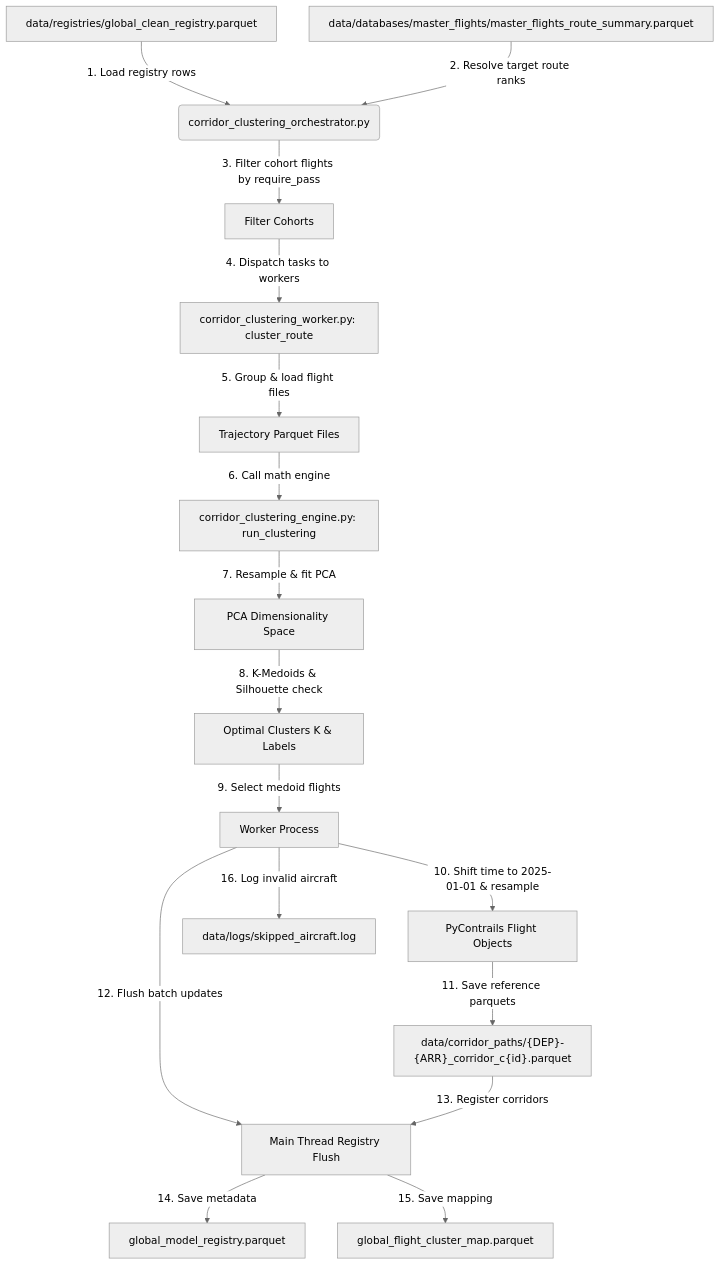
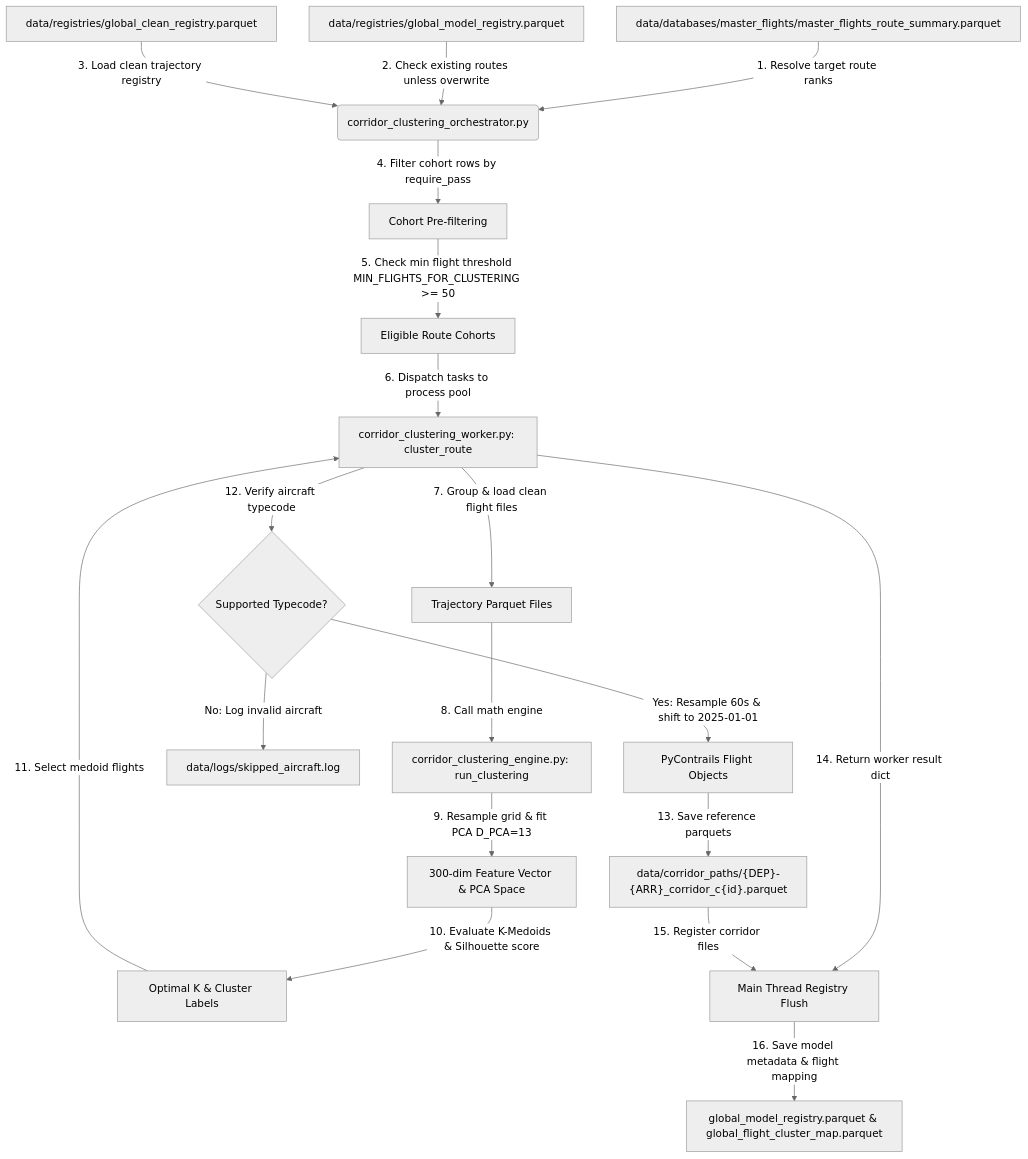
The first of 2 diagrams in src/core/corridor/README.md (Bauzement123/flight-physics-pipeline), drawn with Mermaid (neutral theme) before and after one commit. The commit also changed other lines of this file, not shown here.

Commit message:
docs(corridor): align README flowcharts, text walkthroughs, and multi-workflow coverage with AGENTS.md rules

````diff
--- a/src/core/corridor/README.md
+++ b/src/core/corridor/README.md
@@ -64,25 +80,27 @@
 ```mermaid
 graph TD
-    A[data/registries/global_clean_registry.parquet] -->|1. Load registry rows| B(corridor_clustering_orchestrator.py)
-    C[data/databases/master_flights/master_flights_route_summary.parquet] -->|2. Resolve target route ranks| B
+    A[data/databases/master_flights/master_flights_route_summary.parquet] -->|1. Resolve target route ranks| B(corridor_clustering_orchestrator.py)
+    C[data/registries/global_model_registry.parquet] -->|2. Check existing routes unless overwrite| B
+    D[data/registries/global_clean_registry.parquet] -->|3. Load clean trajectory registry| B
     
-    B -->|3. Filter cohort flights by require_pass| D[Filter Cohorts]
-    D -->|4. Dispatch tasks to workers| E[corridor_clustering_worker.py: cluster_route]
+    B -->|4. Filter cohort rows by require_pass| E[Cohort Pre-filtering]
+    E -->|5. Check min flight threshold MIN_FLIGHTS_FOR_CLUSTERING >= 50| F[Eligible Route Cohorts]
     
-    E -->|5. Group & load flight files| F[Trajectory Parquet Files]
-    F -->|6. Call math engine| G[corridor_clustering_engine.py: run_clustering]
+    F -->|6. Dispatch tasks to process pool| G[corridor_clustering_worker.py: cluster_route]
+    G -->|7. Group & load clean flight files| H[Trajectory Parquet Files]
     
-    G -->|7. Resample & fit PCA| H[PCA Dimensionality Space]
-    H -->|8. K-Medoids & Silhouette check| I[Optimal Clusters K & Labels]
+    H -->|8. Call math engine| I[corridor_clustering_engine.py: run_clustering]
+    I -->|9. Resample grid & fit PCA D_PCA=13| J[300-dim Feature Vector & PCA Space]
+    J -->|10. Evaluate K-Medoids & Silhouette score| K[Optimal K & Cluster Labels]
     
-    I -->|9. Select medoid flights| J[Worker Process]
-    J -->|10. Shift time to 2025-01-01 & resample| K[PyContrails Flight Objects]
-    K -->|11. Save reference parquets| L["data/corridor_paths/{DEP}-{ARR}_corridor_c{id}.parquet"]
+    K -->|11. Select medoid flights| G
+    G -->|12. Verify aircraft typecode| L{Supported Typecode?}
+    L -->|No: Log invalid aircraft| M[data/logs/skipped_aircraft.log]
     
-    J -->|12. Flush batch updates| M[Main Thread Registry Flush]
-    L -->|13. Register corridors| M
-    M -->|14. Save metadata| N[global_model_registry.parquet]
-    M -->|15. Save mapping| O[global_flight_cluster_map.parquet]
+    L -->|Yes: Resample 60s & shift to 2025-01-01| N[PyContrails Flight Objects]
+    N -->|13. Save reference parquets| O["data/corridor_paths/{DEP}-{ARR}_corridor_c{id}.parquet"]
     
-    J -->|16. Log invalid aircraft| P[data/logs/skipped_aircraft.log]
+    G -->|14. Return worker result dict| P[Main Thread Registry Flush]
+    O -->|15. Register corridor files| P
+    P -->|16. Save model metadata & flight mapping| Q[global_model_registry.parquet & global_flight_cluster_map.parquet]
 ```
````
